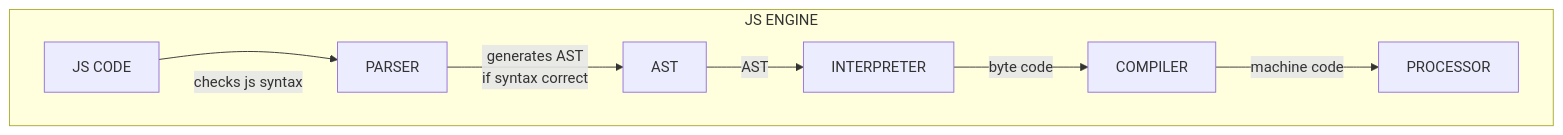
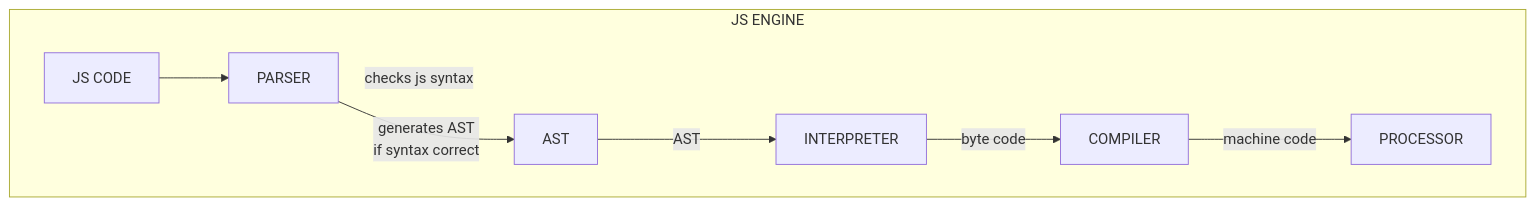
The second of 2 diagrams in Javascript/WORKING_OF_JAVASCRIPT.md (SoumyaMoturi/Tech-Diary), drawn with Mermaid before and after one commit. The commit also changed other lines of this file, not shown here.

````diff
--- a/Javascript/WORKING_OF_JAVASCRIPT.md
+++ b/Javascript/WORKING_OF_JAVASCRIPT.md
@@ -33,14 +33,14 @@
 ``` mermaid
 
 flowchart LR
     subgraph "JS ENGINE"
     direction LR
     jscode["JS CODE"] --> PARSER
-    PARSER ~~~|"checks js syntax"| jscode
+    PARSER ~~~|"checks js syntax"| PARSER
     PARSER --> |"generates AST<br>if syntax correct"|AST
     AST --> |AST|INTERPRETER
     INTERPRETER --> |"byte code"|COMPILER
     COMPILER --> |"machine code"|PROCESSOR
     end
 
 ```
````
